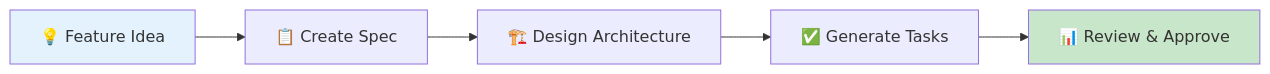
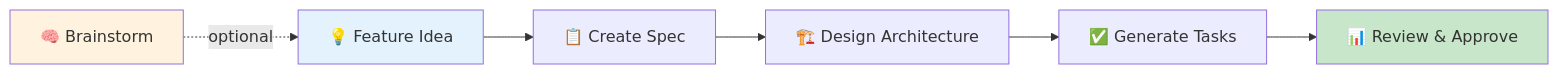
The first of 2 diagrams in docs-site/docs/workflows/planning.md (anton-abyzov/specweave), drawn with Mermaid before and after one commit. The commit also changed other lines of this file and 36 other files, not shown here.

````diff
--- a/docs-site/docs/workflows/planning.md
+++ b/docs-site/docs/workflows/planning.md
@@ -9,10 +9,12 @@
 ```mermaid
 graph LR
+    Z[🧠 Brainstorm] -.->|optional| A
     A[💡 Feature Idea] --> B[📋 Create Spec]
     B --> C[🏗️ Design Architecture]
     C --> D[✅ Generate Tasks]
     D --> E[📊 Review & Approve]
 
+    style Z fill:#fff3e0
     style A fill:#e3f2fd
     style E fill:#c8e6c9
 ```
````
